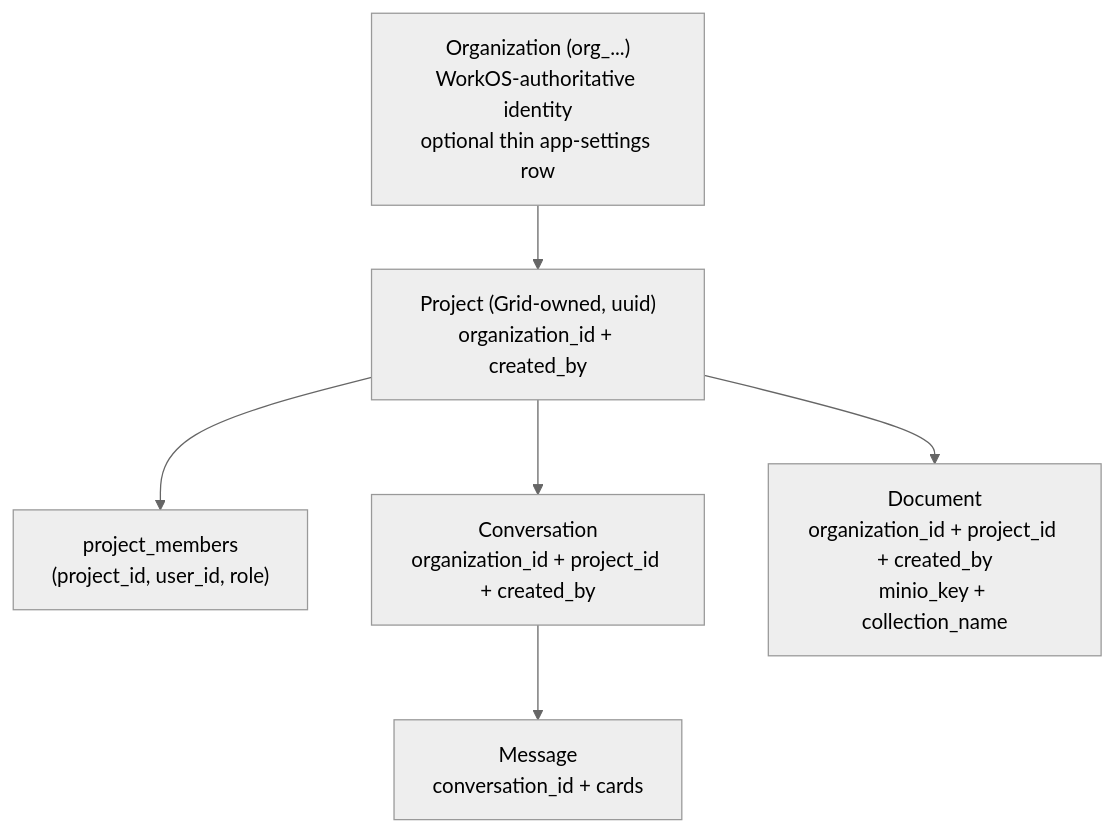
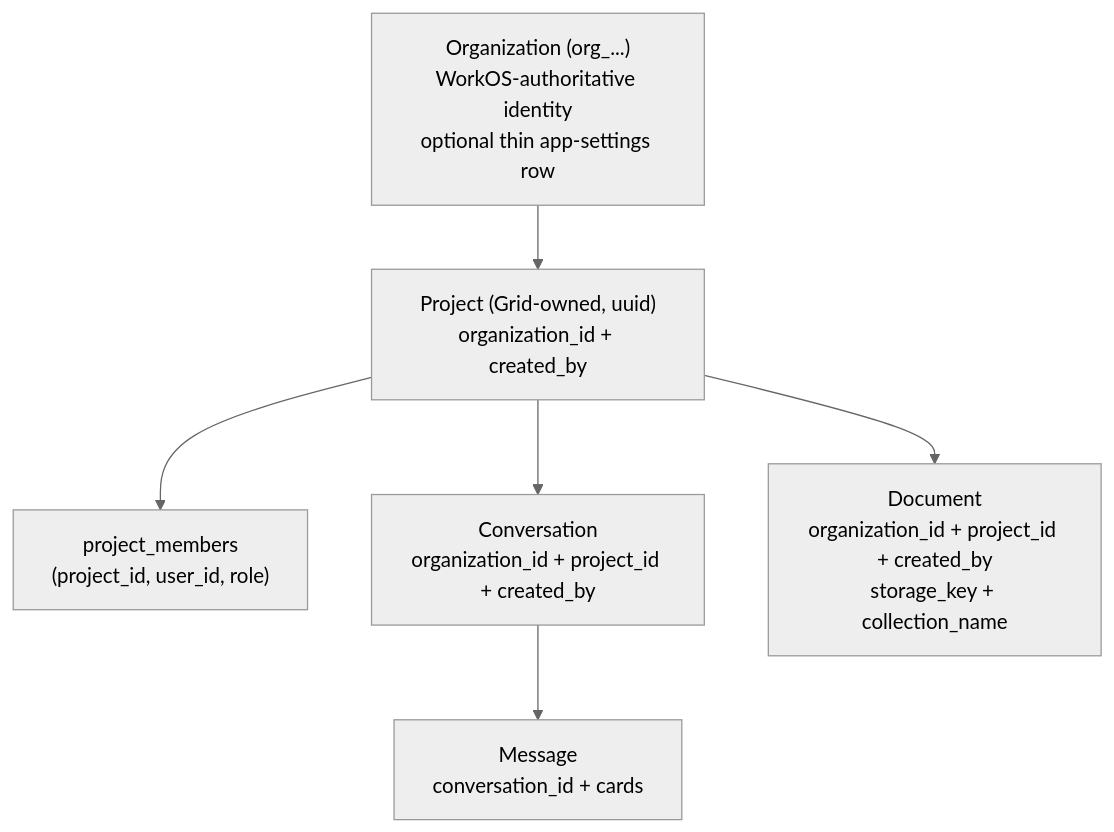
One commit to GRID-check/grid-oib-agent changed the sixth of 15 diagrams in docs/architecture/multitenancy-and-auth-spec.md. Above: the diagram before and after it, drawn with Mermaid (neutral theme). The commit also changed other lines of this file and 60 other files, not shown here.

````diff
--- a/docs/architecture/multitenancy-and-auth-spec.md
+++ b/docs/architecture/multitenancy-and-auth-spec.md
@@ -334,15 +334,15 @@
 ```mermaid
 flowchart TD
     Org["Organization (org_...)<br/>WorkOS-authoritative identity<br/>optional thin app-settings row"]
     Proj["Project (Grid-owned, uuid)<br/>organization_id + created_by"]
     PM["project_members<br/>(project_id, user_id, role)"]
     Conv["Conversation<br/>organization_id + project_id + created_by"]
-    Doc["Document<br/>organization_id + project_id + created_by<br/>minio_key + collection_name"]
+    Doc["Document<br/>organization_id + project_id + created_by<br/>storage_key + collection_name"]
     Msg["Message<br/>conversation_id + cards"]
 
     Org --> Proj
     Proj --> PM
     Proj --> Conv
     Proj --> Doc
     Conv --> Msg
 ```
````
